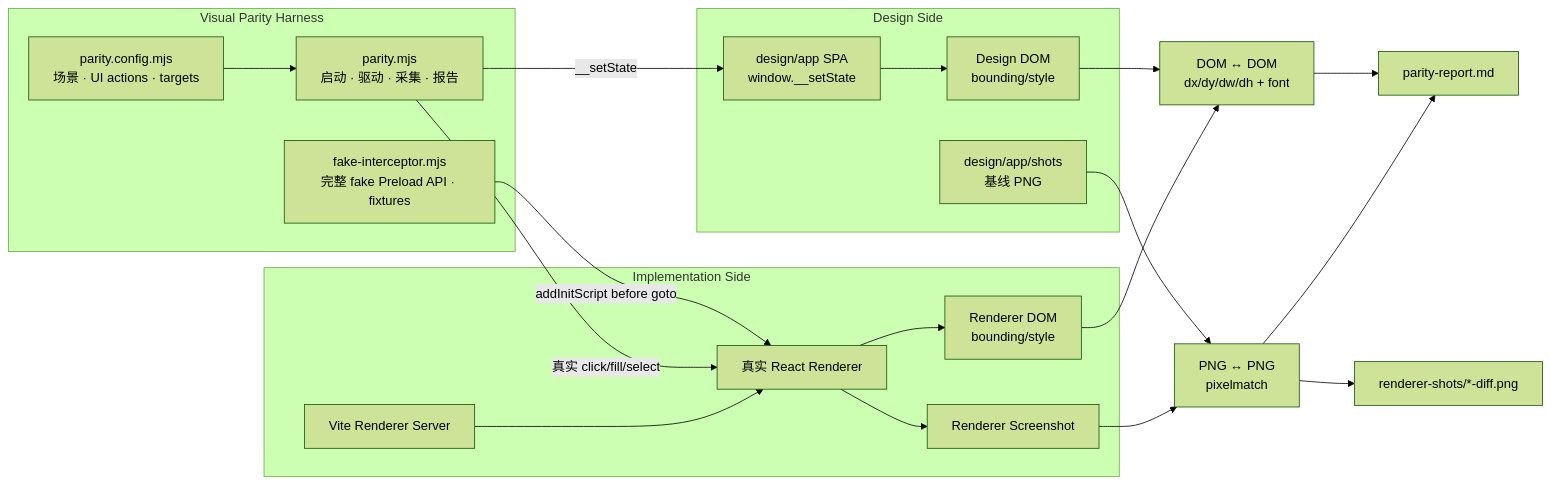
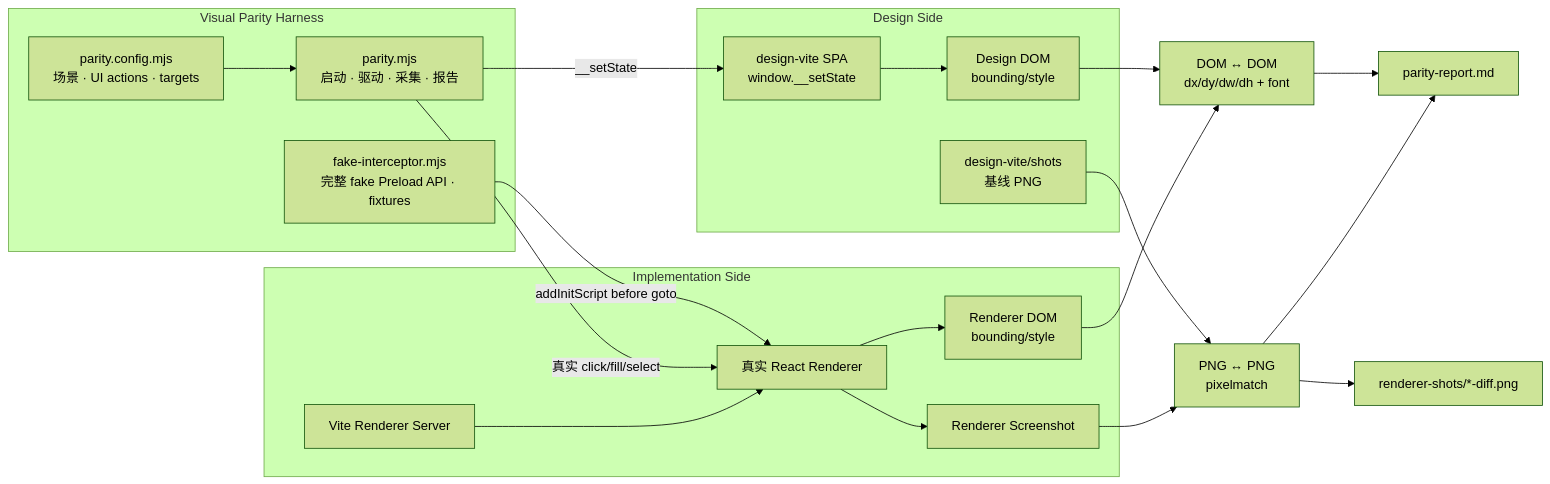
Before and after one commit to zhxmt-xm/Interceptor: the second of 3 diagrams in apps/desktop/tests/visual-parity/README.md, drawn with Mermaid (forest theme). The commit also changed other lines of this file and 716 other files, not shown here.

````diff
--- a/apps/desktop/tests/visual-parity/README.md
+++ b/apps/desktop/tests/visual-parity/README.md
@@ -100,39 +100,39 @@
 ```mermaid
 flowchart LR
     subgraph HARNESS["Visual Parity Harness"]
       RUNNER["parity.mjs<br/>启动 · 驱动 · 采集 · 报告"]
       CONFIG["parity.config.mjs<br/>场景 · UI actions · targets"]
       FAKE["fake-interceptor.mjs<br/>完整 fake Preload API · fixtures"]
     end
 
     subgraph DESIGN["Design Side"]
-      DESIGN_SPA["design/app SPA<br/>window.__setState"]
+      DESIGN_SPA["design-vite SPA<br/>window.__setState"]
       DESIGN_DOM["Design DOM<br/>bounding/style"]
-      DESIGN_PNG["design/app/shots<br/>基线 PNG"]
+      DESIGN_PNG["design-vite/shots<br/>基线 PNG"]
     end
 
     subgraph RENDERER["Implementation Side"]
       VITE["Vite Renderer Server"]
       APP["真实 React Renderer"]
       APP_DOM["Renderer DOM<br/>bounding/style"]
       APP_PNG["Renderer Screenshot"]
     end
 
     CONFIG --> RUNNER
     FAKE -->|"addInitScript before goto"| APP
     RUNNER -->|"__setState"| DESIGN_SPA
     RUNNER -->|"真实 click/fill/select"| APP
     VITE --> APP
     DESIGN_SPA --> DESIGN_DOM
     APP --> APP_DOM
     APP --> APP_PNG
 
     DESIGN_DOM --> GEOMETRY["DOM ↔ DOM<br/>dx/dy/dw/dh + font"]
     APP_DOM --> GEOMETRY
     DESIGN_PNG --> PIXELS["PNG ↔ PNG<br/>pixelmatch"]
     APP_PNG --> PIXELS
 
     GEOMETRY --> REPORT["parity-report.md"]
     PIXELS --> REPORT
     PIXELS --> DIFF["renderer-shots/*-diff.png"]
 ```
````
